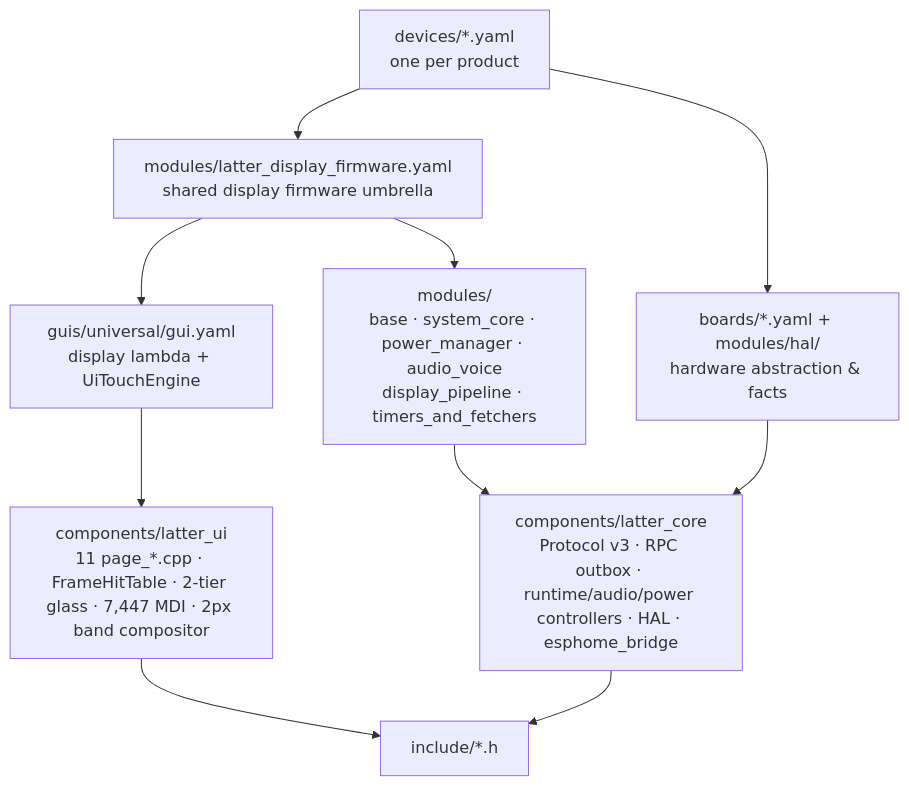
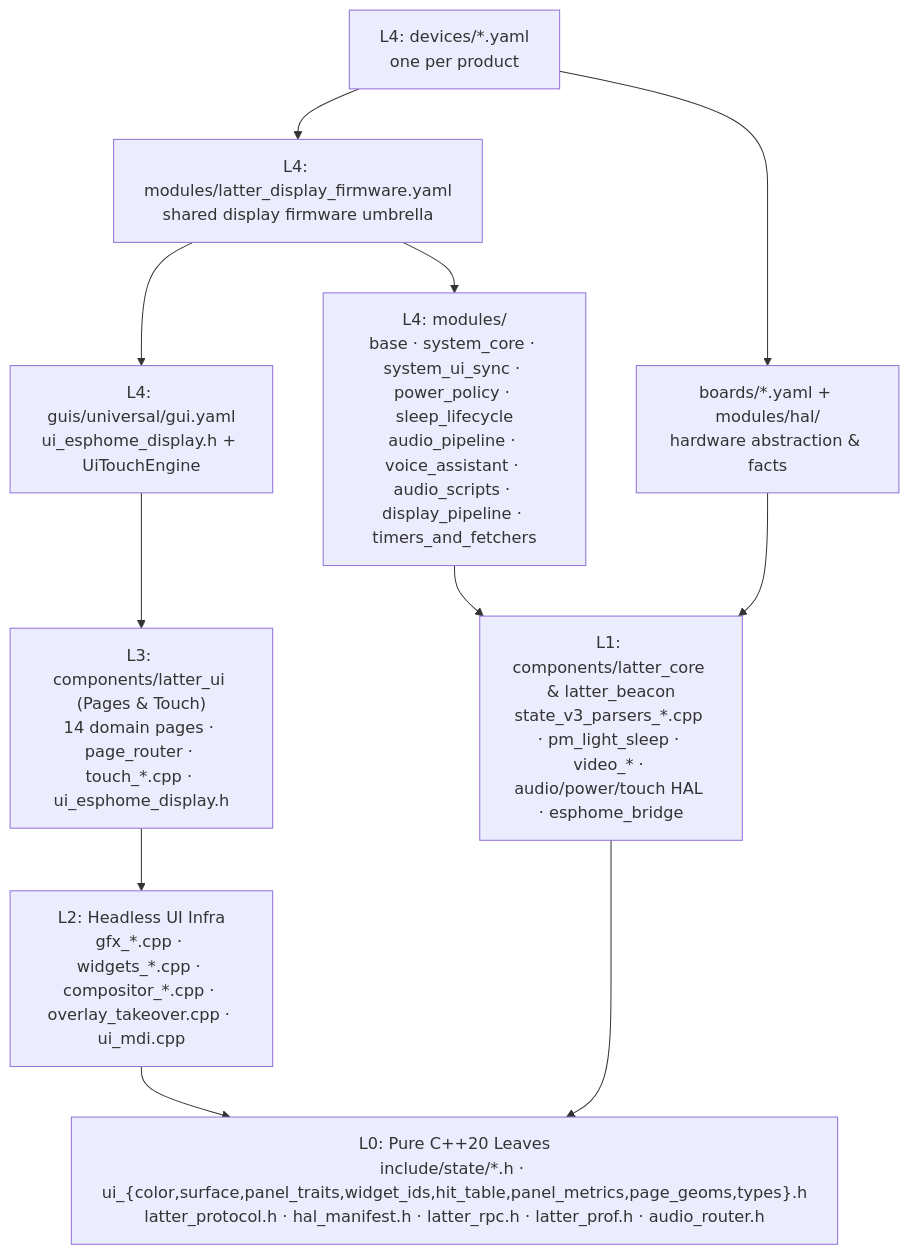
Before and after one commit to slampton/esphome-latter-core: the diagram in docs/architecture.md, drawn with Mermaid. The commit also changed other lines of this file and 188 other files, not shown here.

````diff
--- a/docs/architecture.md
+++ b/docs/architecture.md
@@ -5,12 +5,13 @@
 ```mermaid
 flowchart TD
-    D["devices/*.yaml<br/>one per product"] --> B["boards/*.yaml + modules/hal/<br/>hardware abstraction & facts"]
-    D --> U["modules/latter_display_firmware.yaml<br/>shared display firmware umbrella"]
-    U --> M["modules/<br/>base · system_core · power_manager · audio_voice<br/>display_pipeline · timers_and_fetchers"]
-    U --> G["guis/universal/gui.yaml<br/>display lambda + UiTouchEngine"]
-    G --> CUI["components/latter_ui<br/>11 page_*.cpp · FrameHitTable · 2-tier glass · 7,447 MDI · 2px band compositor"]
-    M --> CC["components/latter_core<br/>Protocol v3 · RPC outbox · runtime/audio/power controllers · HAL · esphome_bridge"]
+    D["L4: devices/*.yaml<br/>one per product"] --> B["boards/*.yaml + modules/hal/<br/>hardware abstraction & facts"]
+    D --> U["L4: modules/latter_display_firmware.yaml<br/>shared display firmware umbrella"]
+    U --> M["L4: modules/<br/>base · system_core · system_ui_sync · power_policy · sleep_lifecycle<br/>audio_pipeline · voice_assistant · audio_scripts · display_pipeline · timers_and_fetchers"]
+    U --> G["L4: guis/universal/gui.yaml<br/>ui_esphome_display.h + UiTouchEngine"]
+    G --> CUI3["L3: components/latter_ui (Pages & Touch)<br/>14 domain pages · page_router · touch_*.cpp · ui_esphome_display.h"]
+    CUI3 --> CUI2["L2: Headless UI Infra<br/>gfx_*.cpp · widgets_*.cpp · compositor_*.cpp · overlay_takeover.cpp · ui_mdi.cpp"]
+    M --> CC["L1: components/latter_core & latter_beacon<br/>state_v3_parsers_*.cpp · pm_light_sleep · video_* · audio/power/touch HAL · esphome_bridge"]
     B --> CC
-    CUI --> H["include/*.h"]
-    CC --> H
+    CUI2 --> L0["L0: Pure C++20 Leaves<br/>include/state/*.h · ui_{color,surface,panel_traits,widget_ids,hit_table,panel_metrics,page_geoms,types}.h<br/>latter_protocol.h · hal_manifest.h · latter_rpc.h · latter_prof.h · audio_router.h"]
+    CC --> L0
 ```
````
